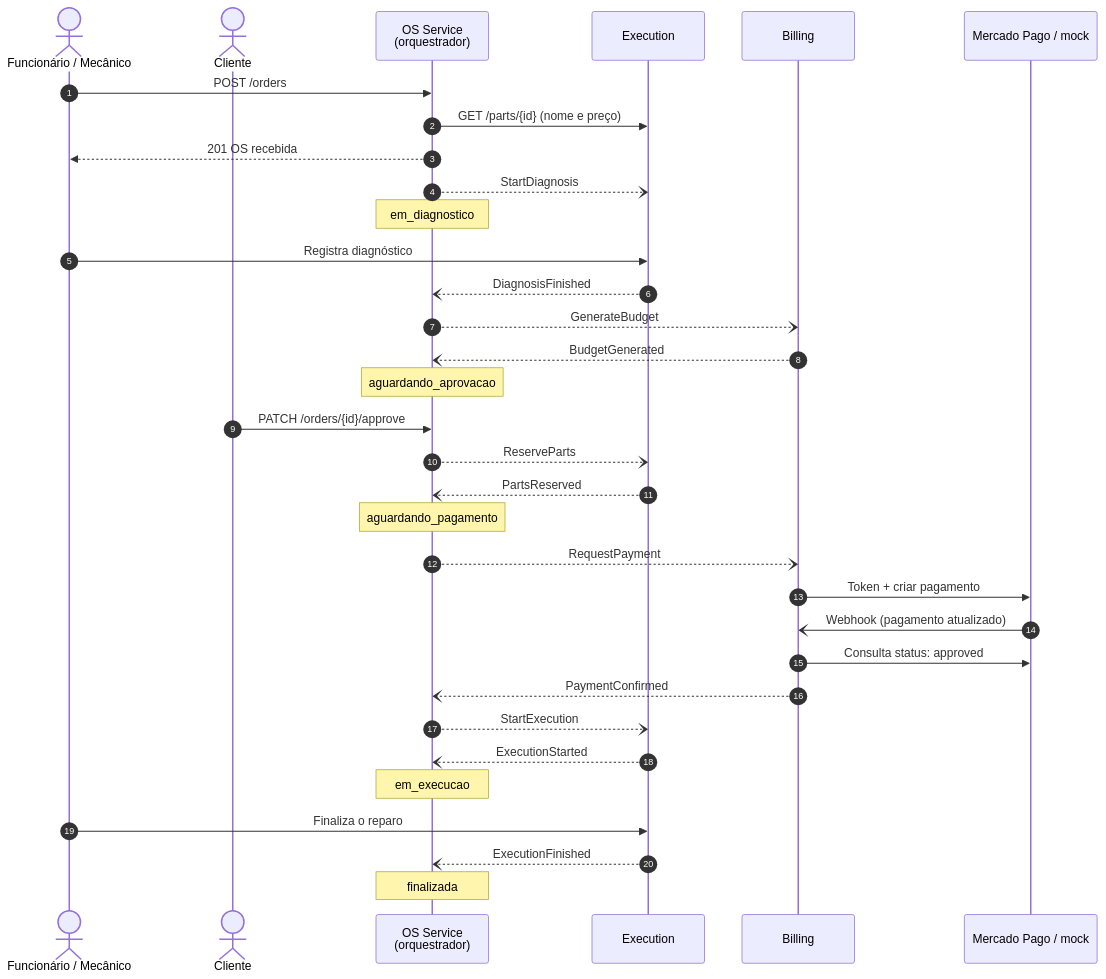
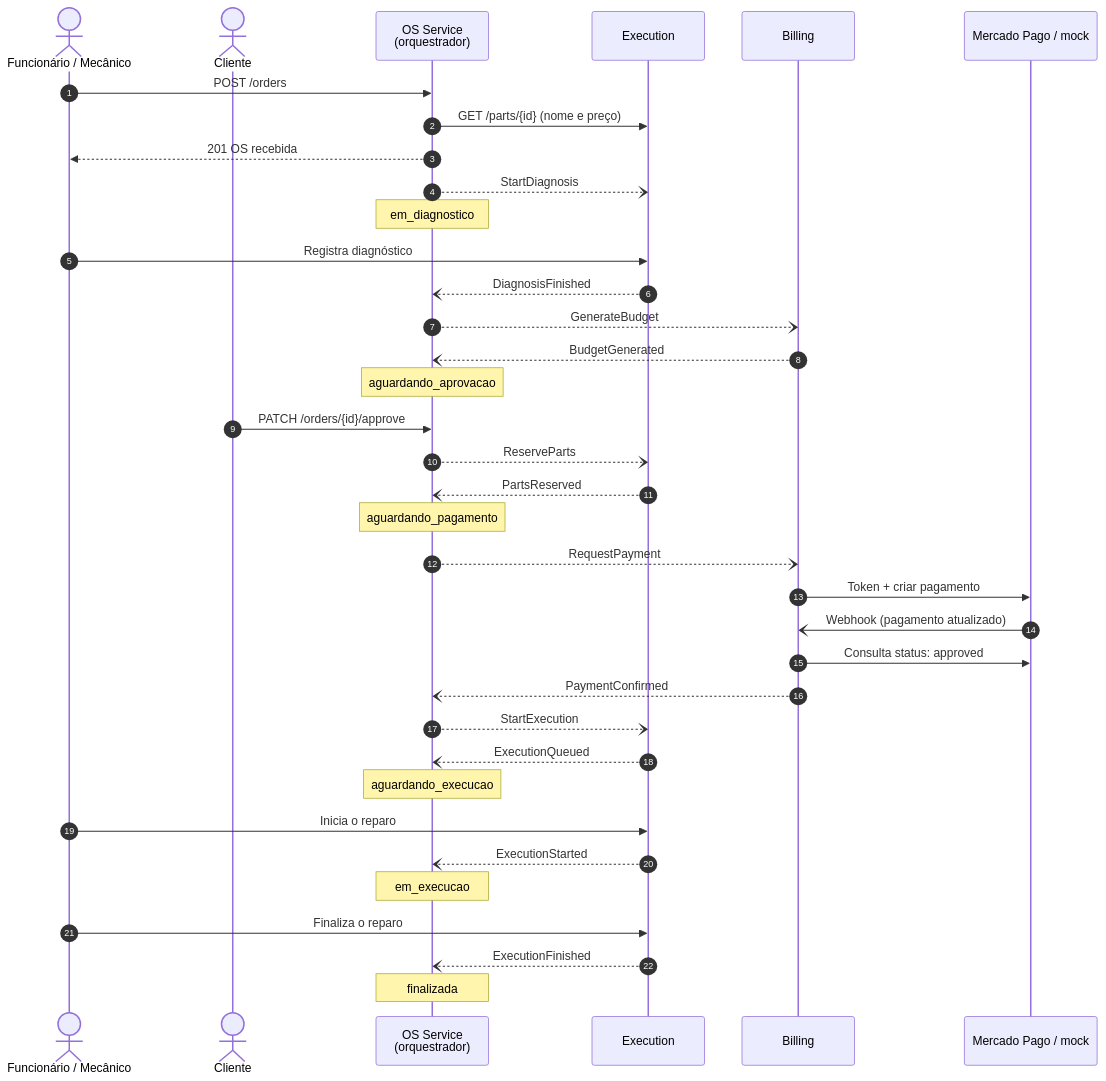
Before and after one commit to Jackeline2020/app-autoshop: the first of 4 diagrams in docs/saga-flow.md, drawn with Mermaid. The commit also changed other lines of this file and 3 other files, not shown here.

Commit message:
docs: separa ExecutionQueued de ExecutionStarted e inclui processed_messages

````diff
--- a/docs/saga-flow.md
+++ b/docs/saga-flow.md
@@ -26,36 +26,39 @@
 ```mermaid
 sequenceDiagram
     autonumber
     actor F as Funcionário / Mecânico
     actor C as Cliente
     participant OS as OS Service<br/>(orquestrador)
     participant EX as Execution
     participant BI as Billing
     participant MP as Mercado Pago / mock
 
     F->>OS: POST /orders
     OS->>EX: GET /parts/{id} (nome e preço)
     OS-->>F: 201 OS recebida
     OS--)EX: StartDiagnosis
     Note over OS: em_diagnostico
     F->>EX: Registra diagnóstico
     EX--)OS: DiagnosisFinished
     OS--)BI: GenerateBudget
     BI--)OS: BudgetGenerated
     Note over OS: aguardando_aprovacao
     C->>OS: PATCH /orders/{id}/approve
     OS--)EX: ReserveParts
     EX--)OS: PartsReserved
     Note over OS: aguardando_pagamento
     OS--)BI: RequestPayment
     BI->>MP: Token + criar pagamento
     MP-)BI: Webhook (pagamento atualizado)
     BI->>MP: Consulta status: approved
     BI--)OS: PaymentConfirmed
     OS--)EX: StartExecution
+    EX--)OS: ExecutionQueued
+    Note over OS: aguardando_execucao
+    F->>EX: Inicia o reparo
     EX--)OS: ExecutionStarted
     Note over OS: em_execucao
     F->>EX: Finaliza o reparo
     EX--)OS: ExecutionFinished
     Note over OS: finalizada
 ```
````
